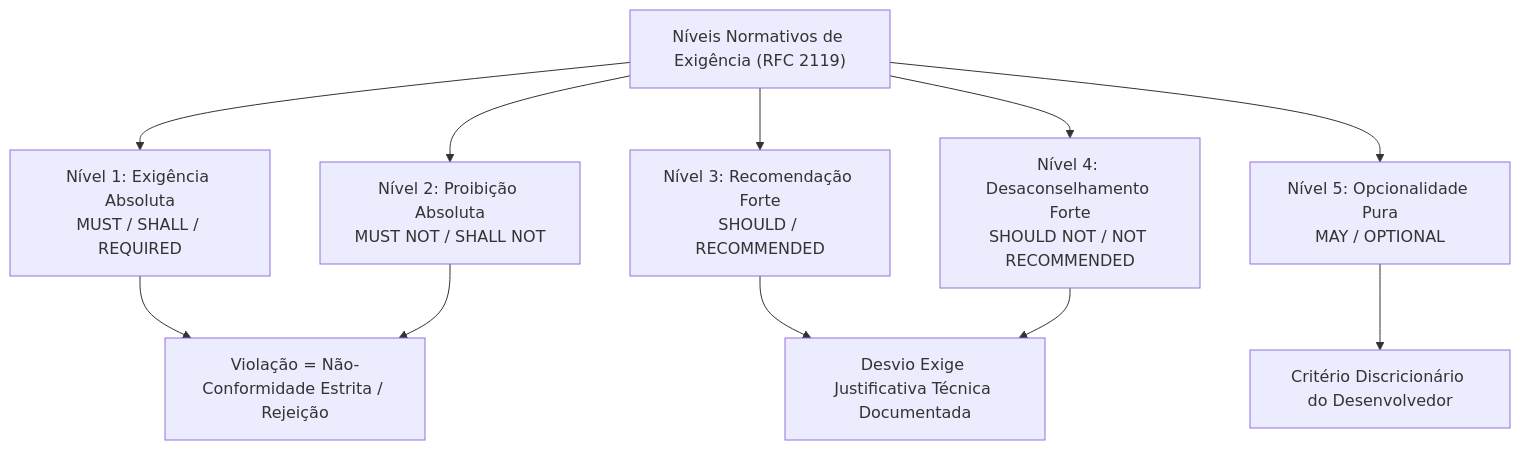
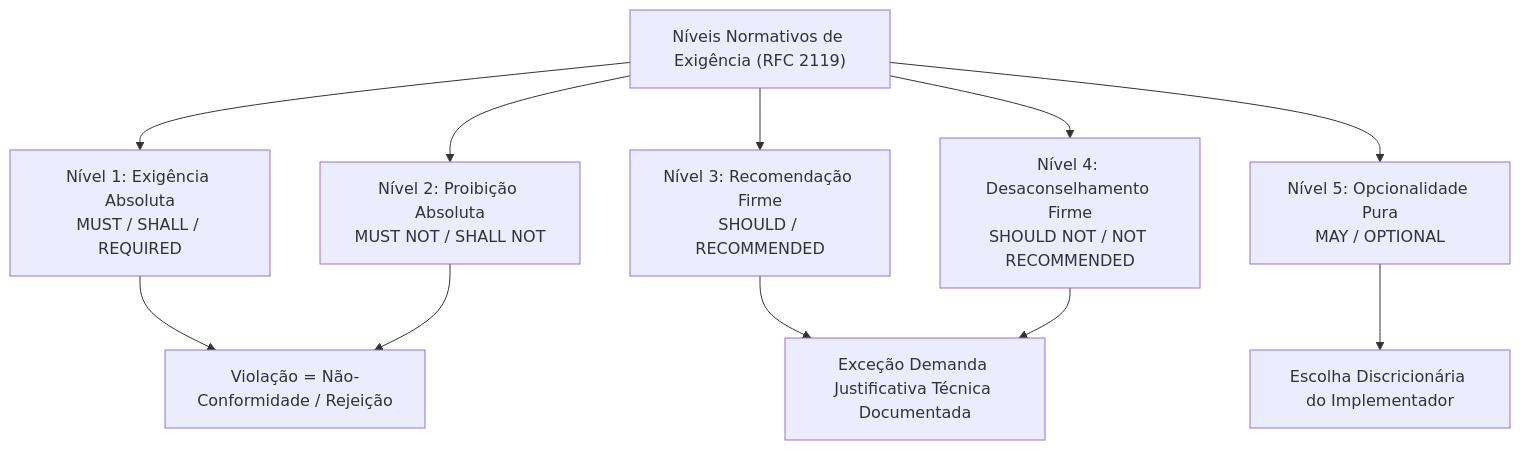
One commit to thiagosantos346/TCE-GO-2027 changed the first of 3 diagrams in fontes_de_estudo/conhecimentos_especificos_b02_ti/14_lingua_inglesa_leitura_tecnica/03_interpretacao_de_documentacao_de_apis_e_manuais.md. Above: the diagram before and after it, drawn with Mermaid. The commit also changed other lines of this file and 119 other files, not shown here.

````diff
--- a/fontes_de_estudo/conhecimentos_especificos_b02_ti/14_lingua_inglesa_leitura_tecnica/03_interpretacao_de_documentacao_de_apis_e_manuais.md
+++ b/fontes_de_estudo/conhecimentos_especificos_b02_ti/14_lingua_inglesa_leitura_tecnica/03_interpretacao_de_documentacao_de_apis_e_manuais.md
@@ -70,16 +47,16 @@
 ```mermaid
 flowchart TD
     RFC["Níveis Normativos de Exigência (RFC 2119)"]
     
     RFC --> L1["Nível 1: Exigência Absoluta<br/>MUST / SHALL / REQUIRED"]
     RFC --> L2["Nível 2: Proibição Absoluta<br/>MUST NOT / SHALL NOT"]
-    RFC --> L3["Nível 3: Recomendação Forte<br/>SHOULD / RECOMMENDED"]
-    RFC --> L4["Nível 4: Desaconselhamento Forte<br/>SHOULD NOT / NOT RECOMMENDED"]
+    RFC --> L3["Nível 3: Recomendação Firme<br/>SHOULD / RECOMMENDED"]
+    RFC --> L4["Nível 4: Desaconselhamento Firme<br/>SHOULD NOT / NOT RECOMMENDED"]
     RFC --> L5["Nível 5: Opcionalidade Pura<br/>MAY / OPTIONAL"]
     
-    L1 --> E1["Violação = Não-Conformidade Estrita / Rejeição"]
+    L1 --> E1["Violação = Não-Conformidade / Rejeição"]
     L2 --> E1
-    L3 --> E2["Desvio Exige Justificativa Técnica Documentada"]
+    L3 --> E2["Exceção Demanda Justificativa Técnica Documentada"]
     L4 --> E2
-    L5 --> E3["Critério Discricionário do Desenvolvedor"]
+    L5 --> E3["Escolha Discricionária do Implementador"]
 ```
````
